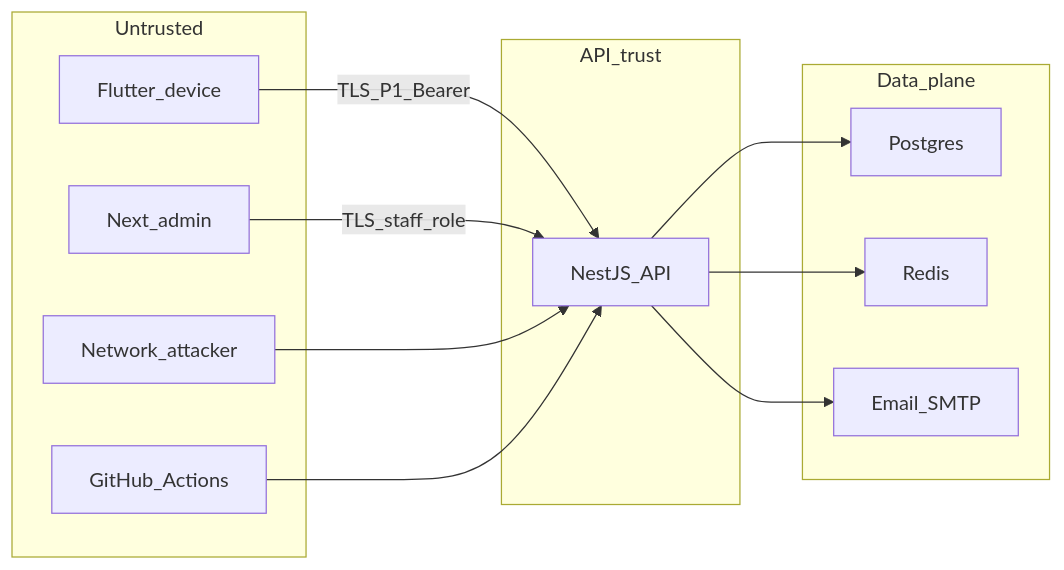
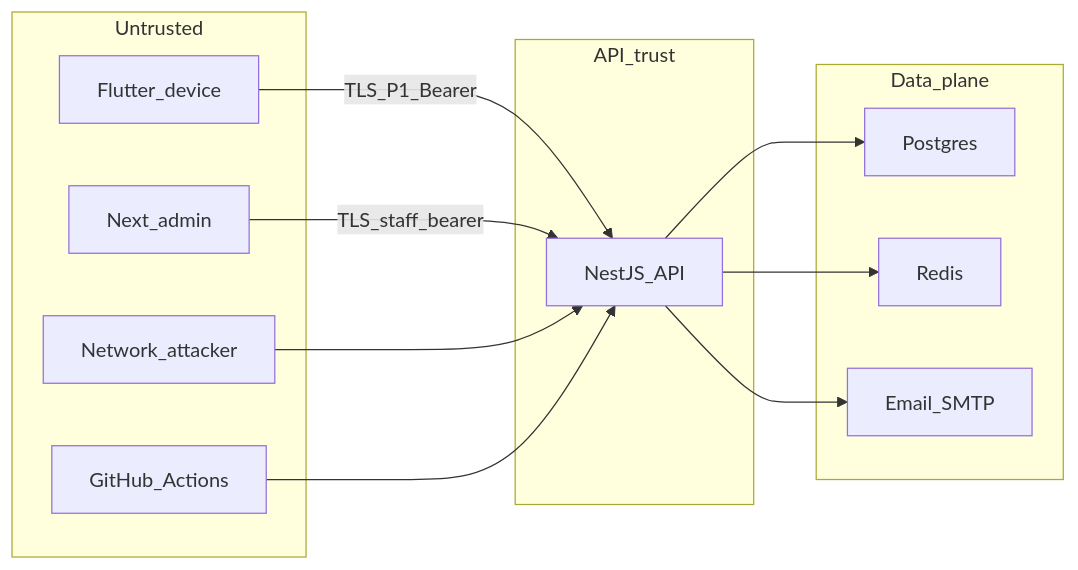
Before and after one commit to vanhuy-30/freeva-personal-finance-management: the diagram in docs/architecture/threat-model.md, drawn with Mermaid. The commit also changed other lines of this file and 35 other files, not shown here.

````diff
--- a/docs/architecture/threat-model.md
+++ b/docs/architecture/threat-model.md
@@ -30,24 +30,24 @@
 ```mermaid
 flowchart LR
   subgraph untrusted [Untrusted]
     Mobile[Flutter_device]
     Admin[Next_admin]
     Attacker[Network_attacker]
     CI[GitHub_Actions]
   end
   subgraph apiBoundary [API_trust]
     Nest[NestJS_API]
   end
   subgraph dataBoundary [Data_plane]
     PG[Postgres]
     Redis[Redis]
     Mail[Email_SMTP]
   end
   Mobile -->|"TLS_P1_Bearer"| Nest
-  Admin -->|"TLS_staff_role"| Nest
+  Admin -->|"TLS_staff_bearer"| Nest
   Attacker --> Nest
   CI --> Nest
   Nest --> PG
   Nest --> Redis
   Nest --> Mail
 ```
````
